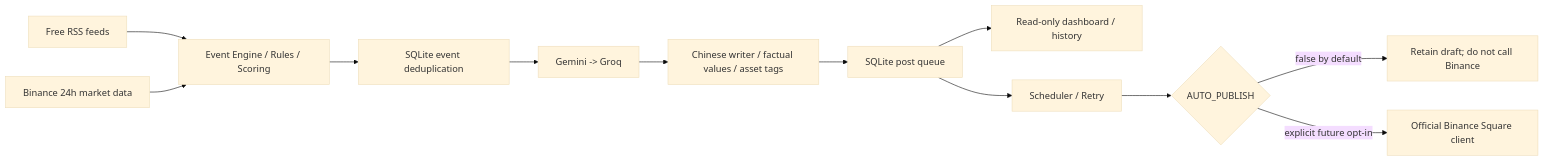
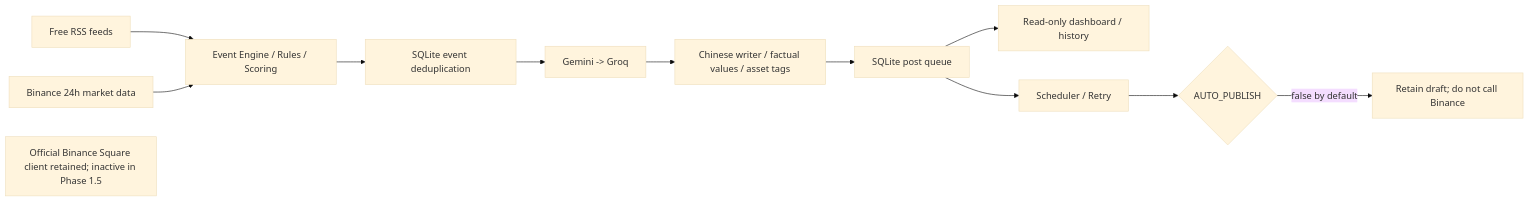
Before and after one commit to xingxinghuisi/binance-square-ai: the diagram in README.md, drawn with Mermaid (base theme). The commit also changed other lines of this file and 22 other files, not shown here.

````diff
--- a/README.md
+++ b/README.md
@@ -59,14 +130,14 @@
 ```mermaid
 flowchart LR
     RSS[Free RSS feeds] --> E[Event Engine / Rules / Scoring]
     Market[Binance 24h market data] --> E
     E --> D[SQLite event deduplication]
     D --> AI[Gemini -> Groq]
     AI --> W[Chinese writer / factual values / asset tags]
     W --> Q[SQLite post queue]
     Q --> UI[Read-only dashboard / history]
     Q --> S[Scheduler / Retry]
     S --> Gate{AUTO_PUBLISH}
     Gate -->|false by default| Hold[Retain draft; do not call Binance]
-    Gate -->|explicit future opt-in| Pub[Official Binance Square client]
+    Pub[Official Binance Square client retained; inactive in Phase 1.5]
 ```
````
